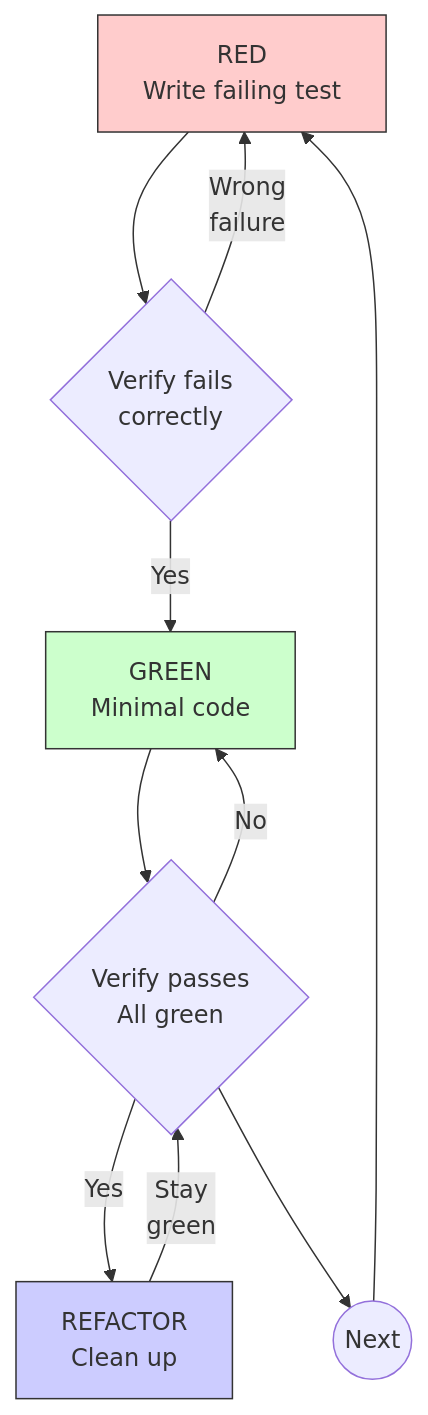
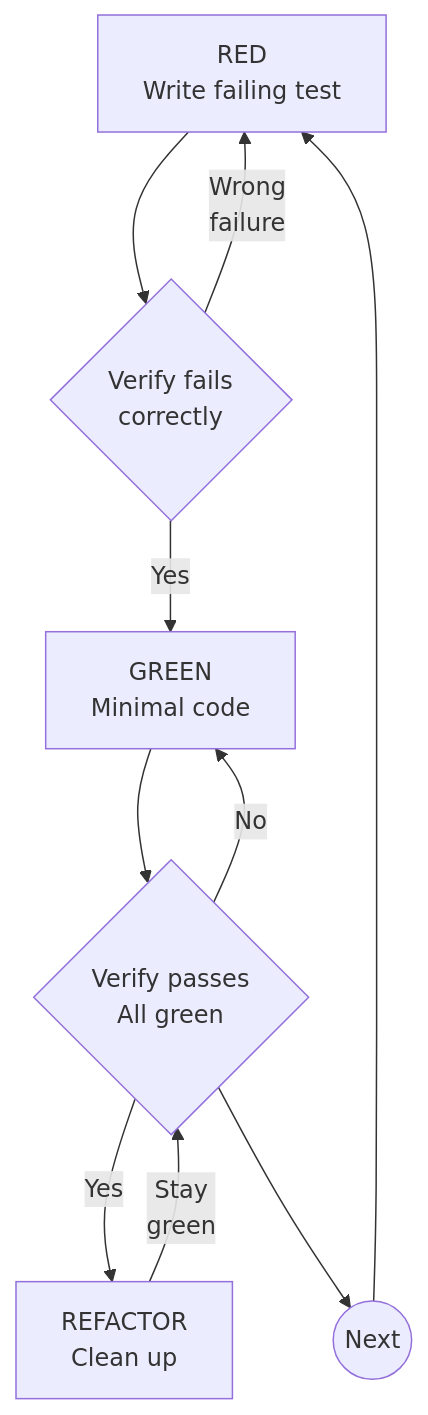
Before and after one commit to Hikaru518/opencode-config: the diagram in .opencode/skills/test-driven-development/SKILL.md, drawn with Mermaid. The commit also changed 13 other files, not shown here.

````diff
--- a/.opencode/skills/test-driven-development/SKILL.md
+++ b/.opencode/skills/test-driven-development/SKILL.md
@@ -49,20 +49,12 @@
 ```mermaid
 flowchart TD
-    RED["RED<br/>Write failing test"]:::red --> VERIFY_RED{"Verify fails<br/>correctly"}
-    VERIFY_RED -- Yes --> GREEN["GREEN<br/>Minimal code"]:::green
+    RED["RED<br/>Write failing test"] --> VERIFY_RED{"Verify fails<br/>correctly"}
+    VERIFY_RED -- Yes --> GREEN["GREEN<br/>Minimal code"]
     VERIFY_RED -- "Wrong<br/>failure" --> RED
     GREEN --> VERIFY_GREEN{"Verify passes<br/>All green"}
-    VERIFY_GREEN -- Yes --> REFACTOR["REFACTOR<br/>Clean up"]:::refactor
+    VERIFY_GREEN -- Yes --> REFACTOR["REFACTOR<br/>Clean up"]
     VERIFY_GREEN -- No --> GREEN
     REFACTOR -- "Stay<br/>green" --> VERIFY_GREEN
     VERIFY_GREEN --> NEXT((Next))
     NEXT --> RED
-
-    classDef red fill:#ffcccc,stroke:#333,stroke-width:1px
-    classDef green fill:#ccffcc,stroke:#333,stroke-width:1px
-    classDef refactor fill:#ccccff,stroke:#333,stroke-width:1px
-
-    class RED red
-    class GREEN green
-    class REFACTOR refactor
 ```
````
